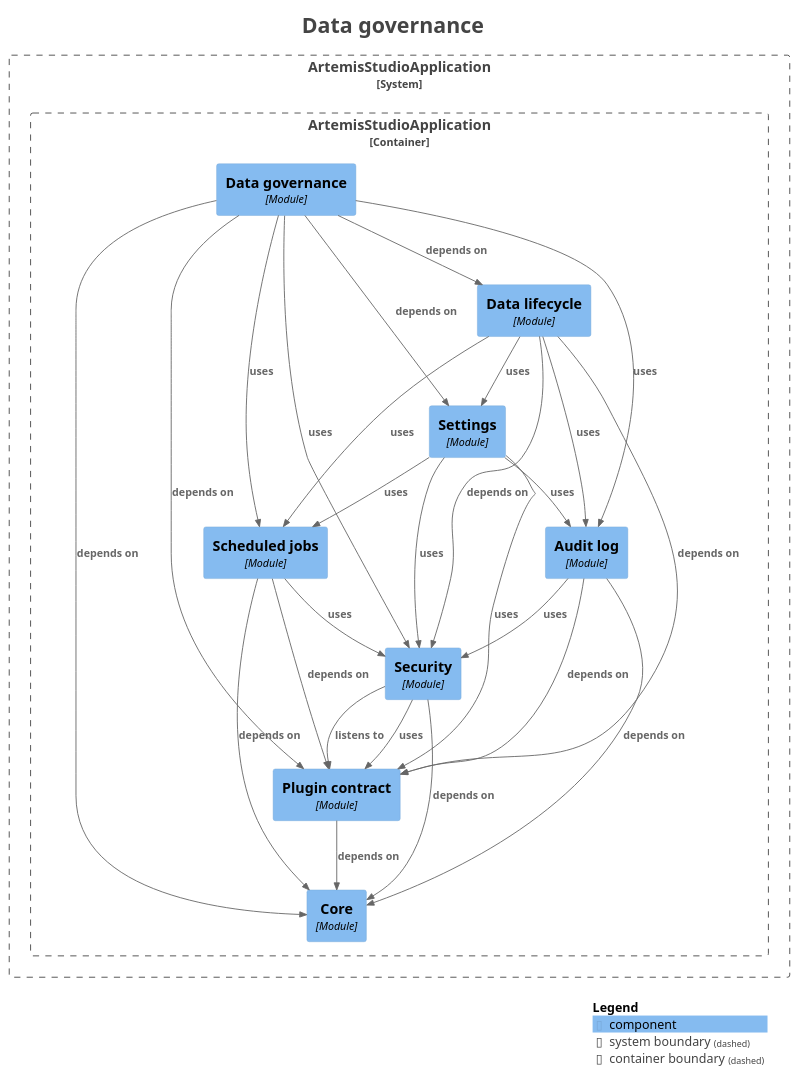
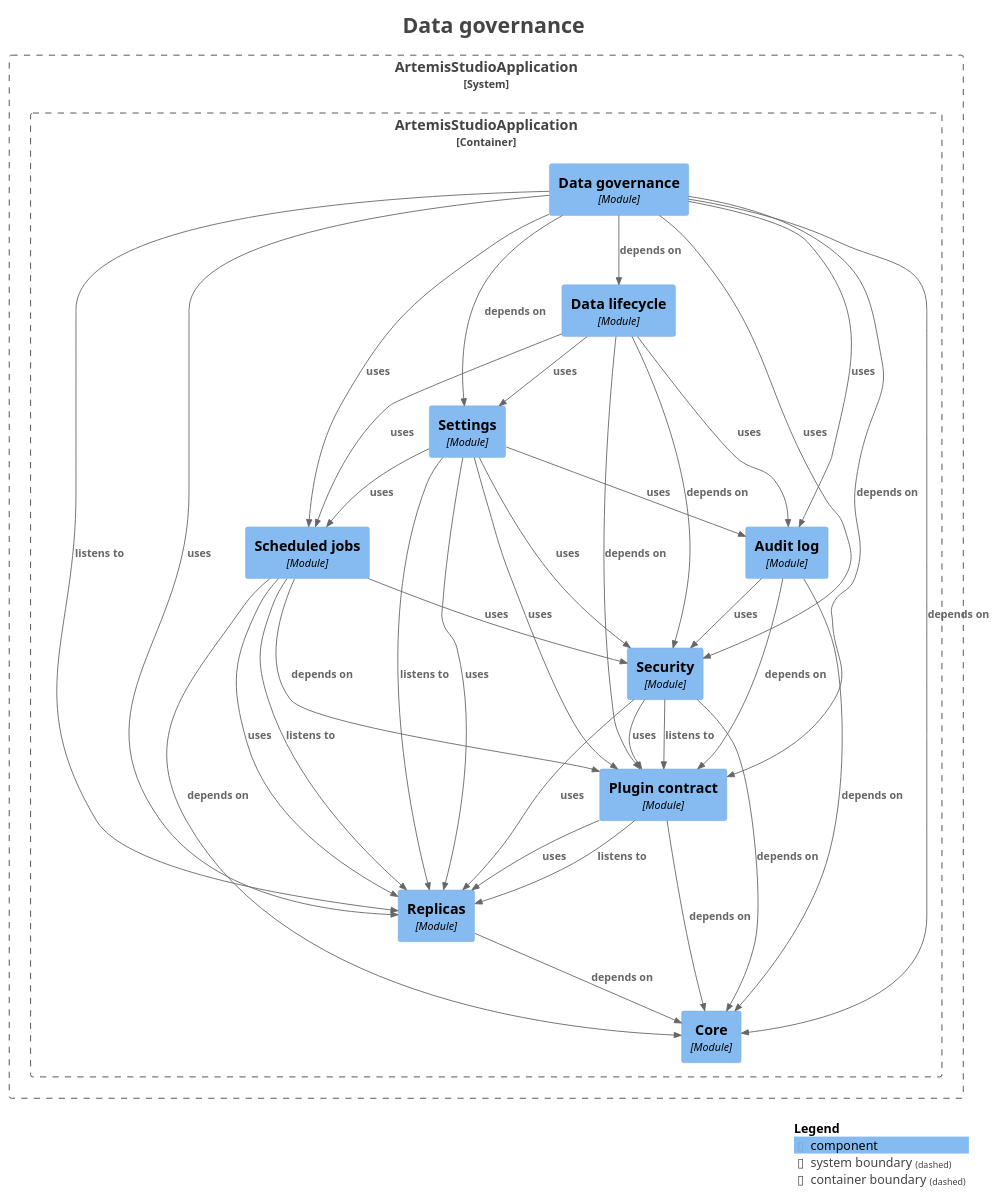
The diagram in docs/modules/module-platform.governance.puml (sudoitir/artemis-studio), drawn with PlantUML before and after one commit. The commit also changed 50 other files, not shown here.

```diff
--- a/docs/modules/module-platform.governance.puml
+++ b/docs/modules/module-platform.governance.puml
@@ -1,61 +1,72 @@
 @startuml
 title <size:24>Data governance</size>
 
 set separator none
 top to bottom direction
 
 <style>
   root {
     BackgroundColor: #ffffff
     FontColor: #444444
   }
 </style>
 
 !include <C4/C4>
 !include <C4/C4_Context>
 !include <C4/C4_Component>
 
 System_Boundary("ArtemisStudioApplication_boundary", "ArtemisStudioApplication", $tags="") {
   Container_Boundary("ArtemisStudioApplication.ArtemisStudioApplication_boundary", "ArtemisStudioApplication", $tags="") {
+    Component(ArtemisStudioApplication.ArtemisStudioApplication.Settings, "Settings", $techn="Module", $descr="", $tags="", $link="")
     Component(ArtemisStudioApplication.ArtemisStudioApplication.Datalifecycle, "Data lifecycle", $techn="Module", $descr="", $tags="", $link="")
     Component(ArtemisStudioApplication.ArtemisStudioApplication.Datagovernance, "Data governance", $techn="Module", $descr="", $tags="", $link="")
     Component(ArtemisStudioApplication.ArtemisStudioApplication.Core, "Core", $techn="Module", $descr="", $tags="", $link="")
+    Component(ArtemisStudioApplication.ArtemisStudioApplication.Replicas, "Replicas", $techn="Module", $descr="", $tags="", $link="")
     Component(ArtemisStudioApplication.ArtemisStudioApplication.Plugincontract, "Plugin contract", $techn="Module", $descr="", $tags="", $link="")
     Component(ArtemisStudioApplication.ArtemisStudioApplication.Security, "Security", $techn="Module", $descr="", $tags="", $link="")
     Component(ArtemisStudioApplication.ArtemisStudioApplication.Auditlog, "Audit log", $techn="Module", $descr="", $tags="", $link="")
     Component(ArtemisStudioApplication.ArtemisStudioApplication.Scheduledjobs, "Scheduled jobs", $techn="Module", $descr="", $tags="", $link="")
-    Component(ArtemisStudioApplication.ArtemisStudioApplication.Settings, "Settings", $techn="Module", $descr="", $tags="", $link="")
   }
 
 }
 
 Rel(ArtemisStudioApplication.ArtemisStudioApplication.Auditlog, ArtemisStudioApplication.ArtemisStudioApplication.Core, "depends on", $techn="", $tags="", $link="")
 Rel(ArtemisStudioApplication.ArtemisStudioApplication.Auditlog, ArtemisStudioApplication.ArtemisStudioApplication.Plugincontract, "depends on", $techn="", $tags="", $link="")
 Rel(ArtemisStudioApplication.ArtemisStudioApplication.Auditlog, ArtemisStudioApplication.ArtemisStudioApplication.Security, "uses", $techn="", $tags="", $link="")
 Rel(ArtemisStudioApplication.ArtemisStudioApplication.Datagovernance, ArtemisStudioApplication.ArtemisStudioApplication.Auditlog, "uses", $techn="", $tags="", $link="")
 Rel(ArtemisStudioApplication.ArtemisStudioApplication.Datagovernance, ArtemisStudioApplication.ArtemisStudioApplication.Core, "depends on", $techn="", $tags="", $link="")
 Rel(ArtemisStudioApplication.ArtemisStudioApplication.Datagovernance, ArtemisStudioApplication.ArtemisStudioApplication.Datalifecycle, "depends on", $techn="", $tags="", $link="")
 Rel(ArtemisStudioApplication.ArtemisStudioApplication.Datagovernance, ArtemisStudioApplication.ArtemisStudioApplication.Plugincontract, "depends on", $techn="", $tags="", $link="")
+Rel(ArtemisStudioApplication.ArtemisStudioApplication.Datagovernance, ArtemisStudioApplication.ArtemisStudioApplication.Replicas, "listens to", $techn="", $tags="", $link="")
+Rel(ArtemisStudioApplication.ArtemisStudioApplication.Datagovernance, ArtemisStudioApplication.ArtemisStudioApplication.Replicas, "uses", $techn="", $tags="", $link="")
 Rel(ArtemisStudioApplication.ArtemisStudioApplication.Datagovernance, ArtemisStudioApplication.ArtemisStudioApplication.Scheduledjobs, "uses", $techn="", $tags="", $link="")
 Rel(ArtemisStudioApplication.ArtemisStudioApplication.Datagovernance, ArtemisStudioApplication.ArtemisStudioApplication.Security, "uses", $techn="", $tags="", $link="")
 Rel(ArtemisStudioApplication.ArtemisStudioApplication.Datagovernance, ArtemisStudioApplication.ArtemisStudioApplication.Settings, "depends on", $techn="", $tags="", $link="")
 Rel(ArtemisStudioApplication.ArtemisStudioApplication.Datalifecycle, ArtemisStudioApplication.ArtemisStudioApplication.Auditlog, "uses", $techn="", $tags="", $link="")
 Rel(ArtemisStudioApplication.ArtemisStudioApplication.Datalifecycle, ArtemisStudioApplication.ArtemisStudioApplication.Plugincontract, "depends on", $techn="", $tags="", $link="")
 Rel(ArtemisStudioApplication.ArtemisStudioApplication.Datalifecycle, ArtemisStudioApplication.ArtemisStudioApplication.Scheduledjobs, "uses", $techn="", $tags="", $link="")
 Rel(ArtemisStudioApplication.ArtemisStudioApplication.Datalifecycle, ArtemisStudioApplication.ArtemisStudioApplication.Security, "depends on", $techn="", $tags="", $link="")
 Rel(ArtemisStudioApplication.ArtemisStudioApplication.Datalifecycle, ArtemisStudioApplication.ArtemisStudioApplication.Settings, "uses", $techn="", $tags="", $link="")
 Rel(ArtemisStudioApplication.ArtemisStudioApplication.Plugincontract, ArtemisStudioApplication.ArtemisStudioApplication.Core, "depends on", $techn="", $tags="", $link="")
+Rel(ArtemisStudioApplication.ArtemisStudioApplication.Plugincontract, ArtemisStudioApplication.ArtemisStudioApplication.Replicas, "listens to", $techn="", $tags="", $link="")
+Rel(ArtemisStudioApplication.ArtemisStudioApplication.Plugincontract, ArtemisStudioApplication.ArtemisStudioApplication.Replicas, "uses", $techn="", $tags="", $link="")
+Rel(ArtemisStudioApplication.ArtemisStudioApplication.Replicas, ArtemisStudioApplication.ArtemisStudioApplication.Core, "depends on", $techn="", $tags="", $link="")
 Rel(ArtemisStudioApplication.ArtemisStudioApplication.Scheduledjobs, ArtemisStudioApplication.ArtemisStudioApplication.Core, "depends on", $techn="", $tags="", $link="")
 Rel(ArtemisStudioApplication.ArtemisStudioApplication.Scheduledjobs, ArtemisStudioApplication.ArtemisStudioApplication.Plugincontract, "depends on", $techn="", $tags="", $link="")
+Rel(ArtemisStudioApplication.ArtemisStudioApplication.Scheduledjobs, ArtemisStudioApplication.ArtemisStudioApplication.Replicas, "listens to", $techn="", $tags="", $link="")
+Rel(ArtemisStudioApplication.ArtemisStudioApplication.Scheduledjobs, ArtemisStudioApplication.ArtemisStudioApplication.Replicas, "uses", $techn="", $tags="", $link="")
 Rel(ArtemisStudioApplication.ArtemisStudioApplication.Scheduledjobs, ArtemisStudioApplication.ArtemisStudioApplication.Security, "uses", $techn="", $tags="", $link="")
 Rel(ArtemisStudioApplication.ArtemisStudioApplication.Security, ArtemisStudioApplication.ArtemisStudioApplication.Core, "depends on", $techn="", $tags="", $link="")
 Rel(ArtemisStudioApplication.ArtemisStudioApplication.Security, ArtemisStudioApplication.ArtemisStudioApplication.Plugincontract, "listens to", $techn="", $tags="", $link="")
 Rel(ArtemisStudioApplication.ArtemisStudioApplication.Security, ArtemisStudioApplication.ArtemisStudioApplication.Plugincontract, "uses", $techn="", $tags="", $link="")
+Rel(ArtemisStudioApplication.ArtemisStudioApplication.Security, ArtemisStudioApplication.ArtemisStudioApplication.Replicas, "uses", $techn="", $tags="", $link="")
 Rel(ArtemisStudioApplication.ArtemisStudioApplication.Settings, ArtemisStudioApplication.ArtemisStudioApplication.Auditlog, "uses", $techn="", $tags="", $link="")
 Rel(ArtemisStudioApplication.ArtemisStudioApplication.Settings, ArtemisStudioApplication.ArtemisStudioApplication.Plugincontract, "uses", $techn="", $tags="", $link="")
+Rel(ArtemisStudioApplication.ArtemisStudioApplication.Settings, ArtemisStudioApplication.ArtemisStudioApplication.Replicas, "listens to", $techn="", $tags="", $link="")
+Rel(ArtemisStudioApplication.ArtemisStudioApplication.Settings, ArtemisStudioApplication.ArtemisStudioApplication.Replicas, "uses", $techn="", $tags="", $link="")
 Rel(ArtemisStudioApplication.ArtemisStudioApplication.Settings, ArtemisStudioApplication.ArtemisStudioApplication.Scheduledjobs, "uses", $techn="", $tags="", $link="")
 Rel(ArtemisStudioApplication.ArtemisStudioApplication.Settings, ArtemisStudioApplication.ArtemisStudioApplication.Security, "uses", $techn="", $tags="", $link="")
 
 SHOW_LEGEND(true)
 hide stereotypes
 @enduml
```
